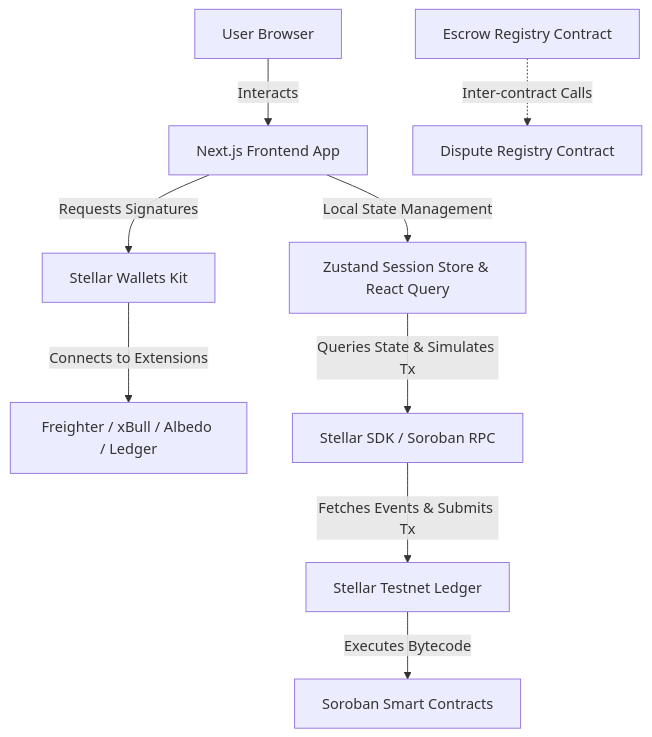
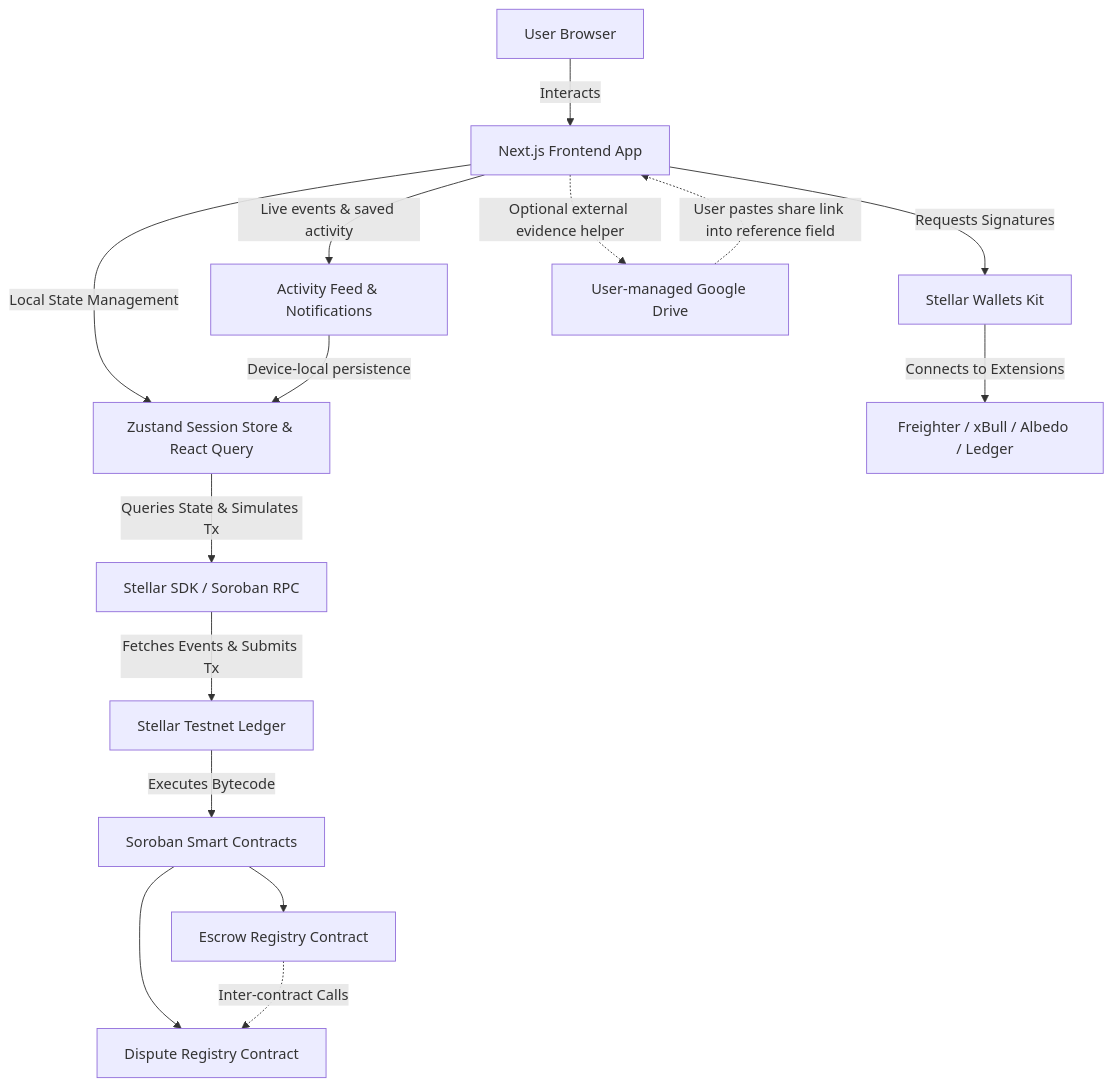
Before and after one commit to aniCtrl/RentSafe: the first of 2 diagrams in README.md, drawn with Mermaid. The commit also changed other lines of this file, not shown here.

````diff
--- a/README.md
+++ b/README.md
@@ -69,11 +70,17 @@
 ```mermaid
 graph TD
     A[User Browser] -->|Interacts| B[Next.js Frontend App]
     B -->|Local State Management| C[Zustand Session Store & React Query]
     B -->|Requests Signatures| D[Stellar Wallets Kit]
     D -->|Connects to Extensions| E[Freighter / xBull / Albedo / Ledger]
     C -->|Queries State & Simulates Tx| F[Stellar SDK / Soroban RPC]
     F -->|Fetches Events & Submits Tx| G[Stellar Testnet Ledger]
     G -->|Executes Bytecode| H[Soroban Smart Contracts]
-    H1[Escrow Registry Contract] -.->|Inter-contract Calls| H2[Dispute Registry Contract]
+    H --> H1[Escrow Registry Contract]
+    H --> H2[Dispute Registry Contract]
+    H1 -.->|Inter-contract Calls| H2
+    B -->|Live events & saved activity| I[Activity Feed & Notifications]
+    I -->|Device-local persistence| C
+    B -.->|Optional external evidence helper| J[User-managed Google Drive]
+    J -.->|User pastes share link into reference field| B
 ```
````
